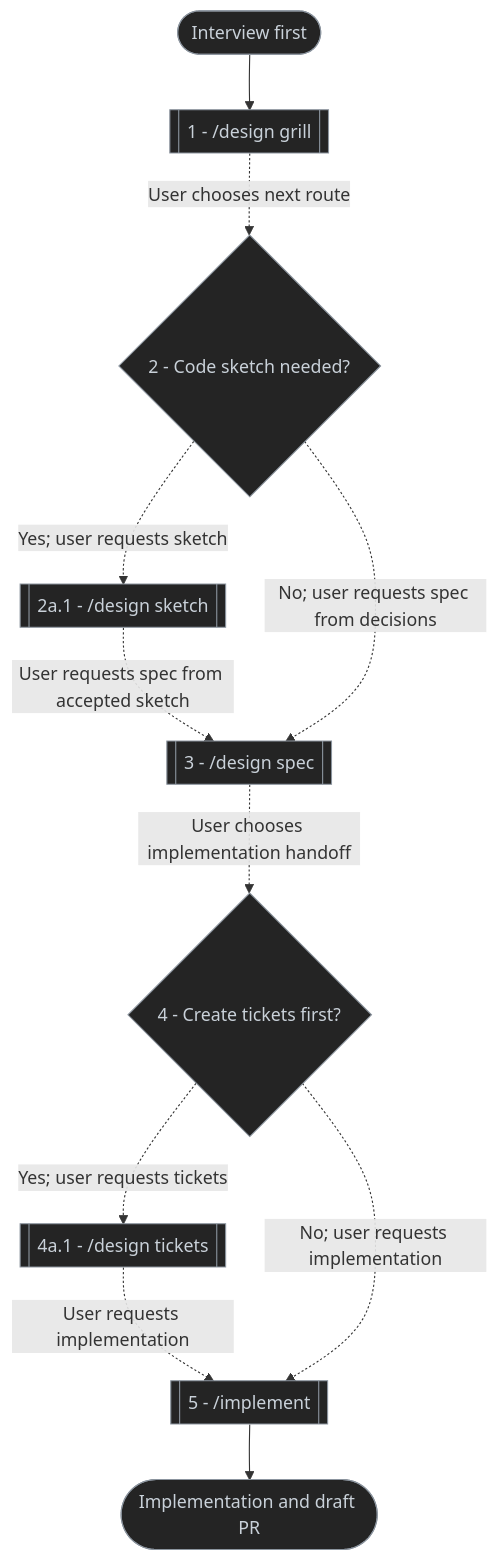
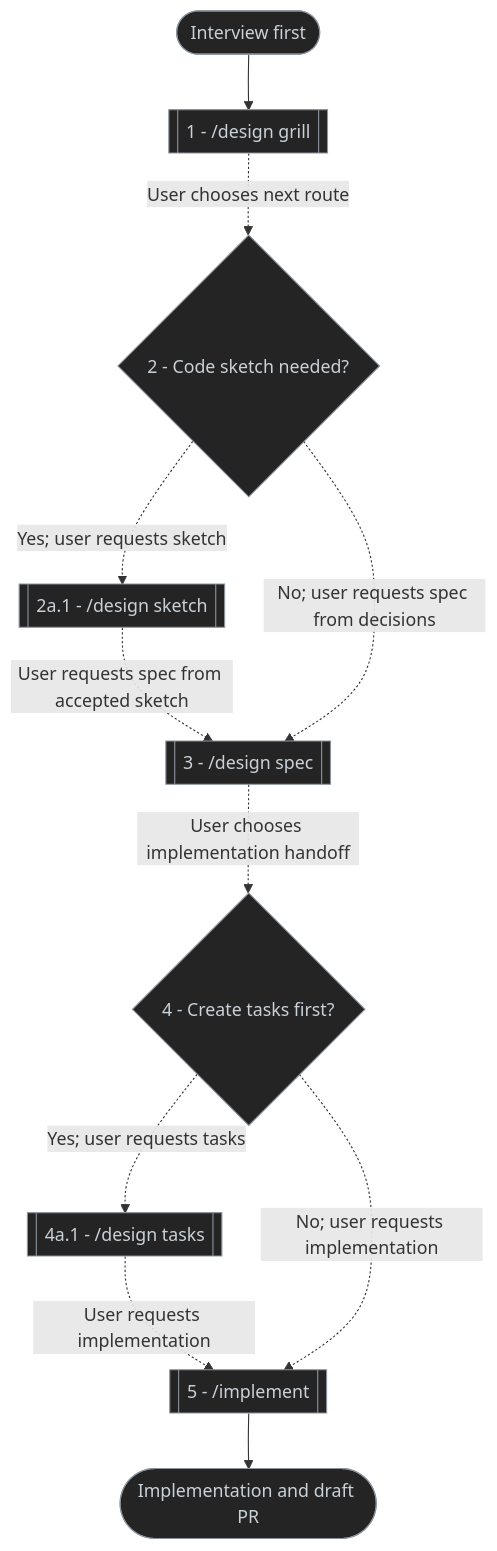
Before and after one commit to antshc/brain: the second of 5 diagrams in plugins/wf/skills/design/README.md, drawn with Mermaid. The commit also changed other lines of this file and 90 other files, not shown here.

````diff
--- a/plugins/wf/skills/design/README.md
+++ b/plugins/wf/skills/design/README.md
@@ -30,26 +30,26 @@
 ```mermaid
 %% diagram-id: design-interview-to-implementation-flow
 flowchart TD
     start(["Interview first"])
     grill[["1 - /design grill"]]
     sketchChoice{"2 - Code sketch needed?"}
     sketch[["2a.1 - /design sketch"]]
     spec[["3 - /design spec"]]
-    ticketChoice{"4 - Create tickets first?"}
-    tickets[["4a.1 - /design tickets"]]
+    ticketChoice{"4 - Create tasks first?"}
+    tickets[["4a.1 - /design tasks"]]
     implement[["5 - /implement"]]
     finish(["Implementation and draft PR"])
 
     start --> grill
     grill -. "User chooses next route" .-> sketchChoice
     sketchChoice -. "Yes; user requests sketch" .-> sketch
     sketch -. "User requests spec from accepted sketch" .-> spec
     spec -. "User chooses implementation handoff" .-> ticketChoice
-    ticketChoice -. "Yes; user requests tickets" .-> tickets
+    ticketChoice -. "Yes; user requests tasks" .-> tickets
     tickets -. "User requests implementation" .-> implement
     implement --> finish
     sketchChoice -. "No; user requests spec from decisions" .-> spec
     ticketChoice -. "No; user requests implementation" .-> implement
 
     classDef default fill:#242424,stroke:#8b949e,color:#c9d1d9,stroke-width:1px
 ```
````
